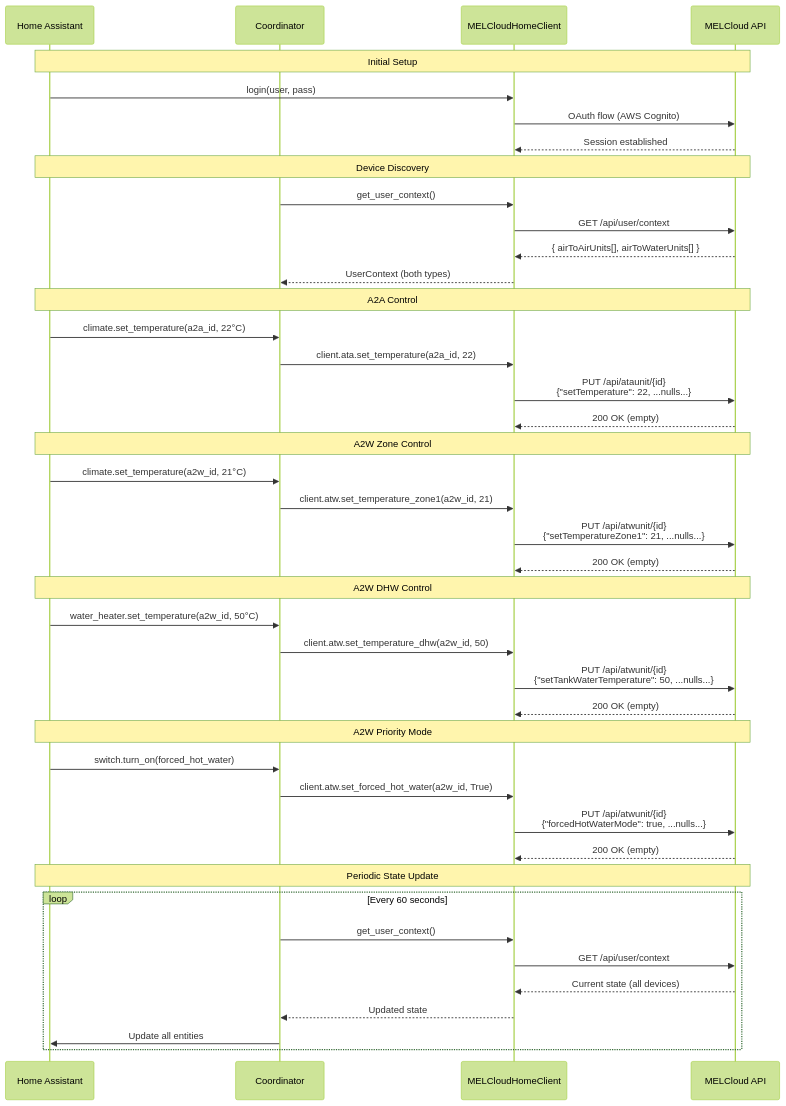
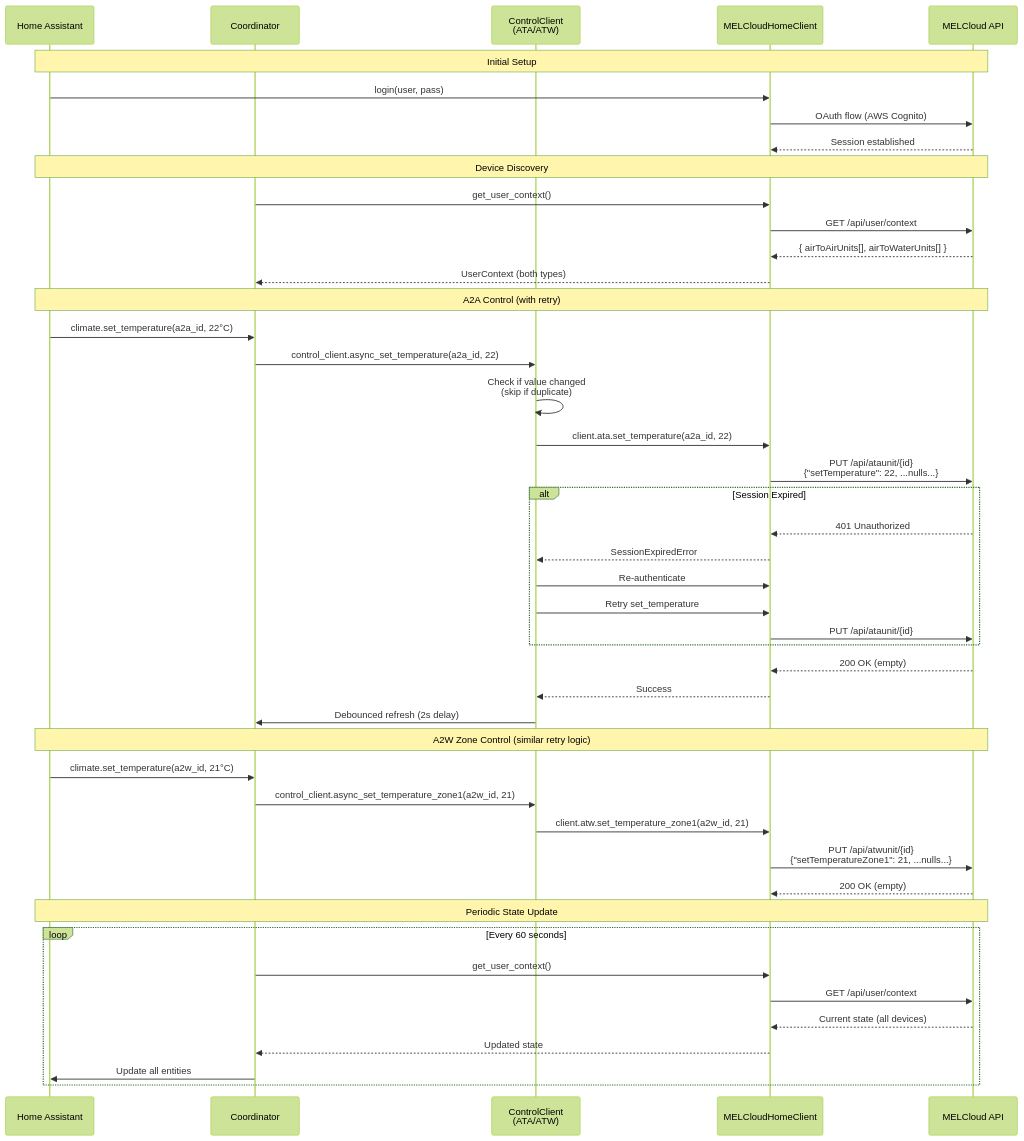
Before and after one commit to andrew-blake/melcloudhome: the second of 5 diagrams in docs/architecture.md, drawn with Mermaid (forest theme). The commit also changed other lines of this file and 8 other files, not shown here.

````diff
--- a/docs/architecture.md
+++ b/docs/architecture.md
@@ -117,51 +117,52 @@
 ```mermaid
 sequenceDiagram
     participant HA as Home Assistant
     participant Coord as Coordinator
-    participant Client as MELCloudHomeClient
+    participant CtrlClient as ControlClient<br/>(ATA/ATW)
+    participant APIClient as MELCloudHomeClient
     participant API as MELCloud API
 
     Note over HA,API: Initial Setup
-    HA->>Client: login(user, pass)
-    Client->>API: OAuth flow (AWS Cognito)
-    API-->>Client: Session established
+    HA->>APIClient: login(user, pass)
+    APIClient->>API: OAuth flow (AWS Cognito)
+    API-->>APIClient: Session established
 
     Note over HA,API: Device Discovery
-    Coord->>Client: get_user_context()
-    Client->>API: GET /api/user/context
-    API-->>Client: { airToAirUnits[], airToWaterUnits[] }
-    Client-->>Coord: UserContext (both types)
+    Coord->>APIClient: get_user_context()
+    APIClient->>API: GET /api/user/context
+    API-->>APIClient: { airToAirUnits[], airToWaterUnits[] }
+    APIClient-->>Coord: UserContext (both types)
 
-    Note over HA,API: A2A Control
+    Note over HA,API: A2A Control (with retry)
     HA->>Coord: climate.set_temperature(a2a_id, 22°C)
-    Coord->>Client: client.ata.set_temperature(a2a_id, 22)
-    Client->>API: PUT /api/ataunit/{id}<br/>{"setTemperature": 22, ...nulls...}
-    API-->>Client: 200 OK (empty)
+    Coord->>CtrlClient: control_client.async_set_temperature(a2a_id, 22)
+    CtrlClient->>CtrlClient: Check if value changed<br/>(skip if duplicate)
+    CtrlClient->>APIClient: client.ata.set_temperature(a2a_id, 22)
+    APIClient->>API: PUT /api/ataunit/{id}<br/>{"setTemperature": 22, ...nulls...}
+    alt Session Expired
+        API-->>APIClient: 401 Unauthorized
+        APIClient-->>CtrlClient: SessionExpiredError
+        CtrlClient->>APIClient: Re-authenticate
+        CtrlClient->>APIClient: Retry set_temperature
+        APIClient->>API: PUT /api/ataunit/{id}
+    end
+    API-->>APIClient: 200 OK (empty)
+    APIClient-->>CtrlClient: Success
+    CtrlClient->>Coord: Debounced refresh (2s delay)
 
-    Note over HA,API: A2W Zone Control
+    Note over HA,API: A2W Zone Control (similar retry logic)
     HA->>Coord: climate.set_temperature(a2w_id, 21°C)
-    Coord->>Client: client.atw.set_temperature_zone1(a2w_id, 21)
-    Client->>API: PUT /api/atwunit/{id}<br/>{"setTemperatureZone1": 21, ...nulls...}
-    API-->>Client: 200 OK (empty)
-
-    Note over HA,API: A2W DHW Control
-    HA->>Coord: water_heater.set_temperature(a2w_id, 50°C)
-    Coord->>Client: client.atw.set_temperature_dhw(a2w_id, 50)
-    Client->>API: PUT /api/atwunit/{id}<br/>{"setTankWaterTemperature": 50, ...nulls...}
-    API-->>Client: 200 OK (empty)
-
-    Note over HA,API: A2W Priority Mode
-    HA->>Coord: switch.turn_on(forced_hot_water)
-    Coord->>Client: client.atw.set_forced_hot_water(a2w_id, True)
-    Client->>API: PUT /api/atwunit/{id}<br/>{"forcedHotWaterMode": true, ...nulls...}
-    API-->>Client: 200 OK (empty)
+    Coord->>CtrlClient: control_client.async_set_temperature_zone1(a2w_id, 21)
+    CtrlClient->>APIClient: client.atw.set_temperature_zone1(a2w_id, 21)
+    APIClient->>API: PUT /api/atwunit/{id}<br/>{"setTemperatureZone1": 21, ...nulls...}
+    API-->>APIClient: 200 OK (empty)
 
     Note over HA,API: Periodic State Update
     loop Every 60 seconds
-        Coord->>Client: get_user_context()
-        Client->>API: GET /api/user/context
-        API-->>Client: Current state (all devices)
-        Client-->>Coord: Updated state
+        Coord->>APIClient: get_user_context()
+        APIClient->>API: GET /api/user/context
+        API-->>APIClient: Current state (all devices)
+        APIClient-->>Coord: Updated state
         Coord->>HA: Update all entities
     end
 ```
````
